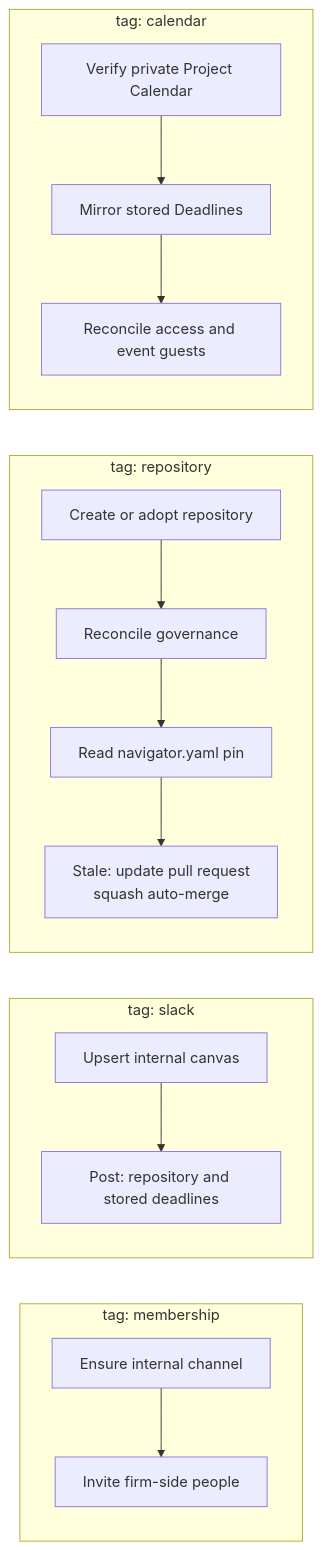
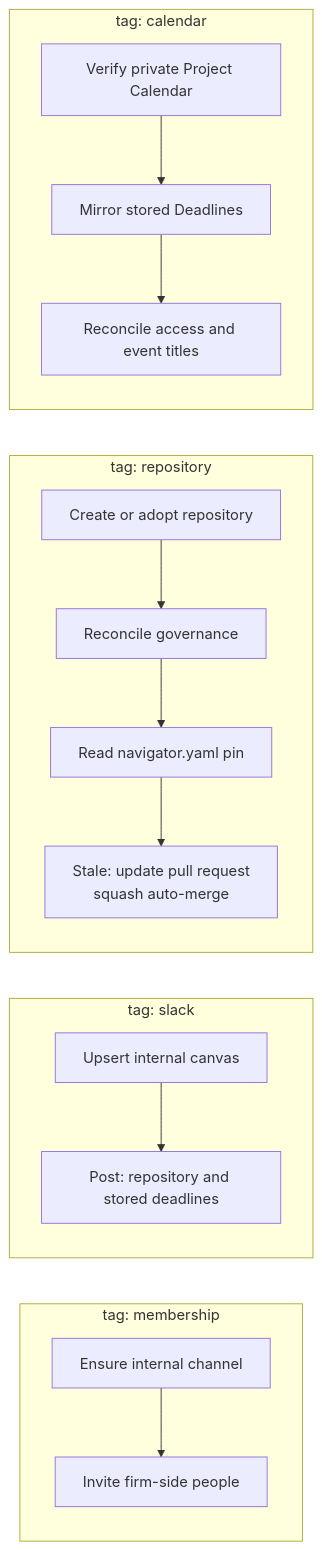
The second of 2 diagrams in docs/glossary/nightly-project-update.md (neon-law/navigator), drawn with Mermaid before and after one commit. The commit also changed other lines of this file and 140 other files, not shown here.

````diff
--- a/docs/glossary/nightly-project-update.md
+++ b/docs/glossary/nightly-project-update.md
@@ -92,22 +92,22 @@
 ```mermaid
 flowchart LR
   subgraph membership ["tag: membership"]
     direction TB
     M1[Ensure internal channel] --> M2[Invite firm-side people]
   end
   subgraph slack ["tag: slack"]
     direction TB
     S1[Upsert internal canvas] --> S2["Post: repository and stored deadlines"]
   end
   subgraph repository ["tag: repository"]
     direction TB
     R1[Create or adopt repository] --> R2[Reconcile governance]
     R2 --> R3[Read navigator.yaml pin]
     R3 --> R4["Stale: update pull request<br/>squash auto-merge"]
   end
   subgraph calendar ["tag: calendar"]
     direction TB
     C1[Verify private Project Calendar] --> C2[Mirror stored Deadlines]
-    C2 --> C3[Reconcile access and event guests]
+    C2 --> C3[Reconcile access and event titles]
   end
 ```
````
